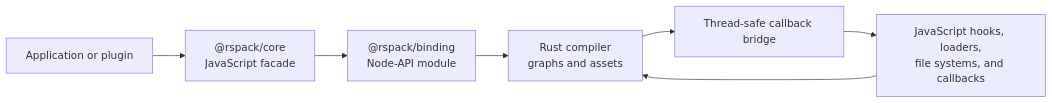
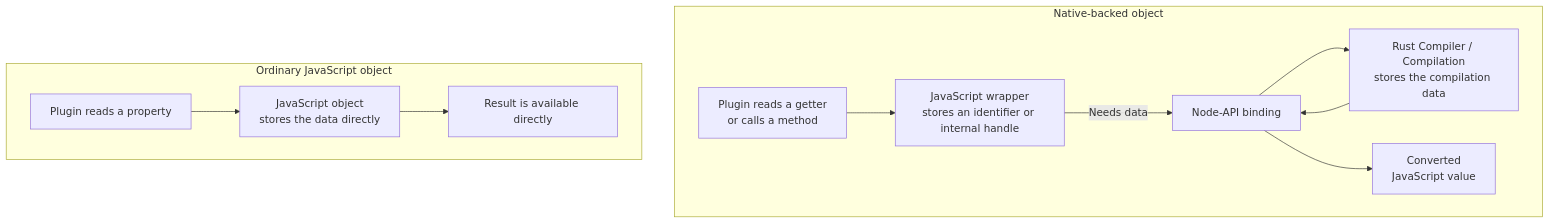
Before and after one commit to web-infra-dev/rspack: the first of 2 diagrams in website/docs/en/api/javascript-api/architecture.mdx, drawn with Mermaid. The commit also changed other lines of this file and 15 other files, not shown here.

Commit message:
docs(binding): document JavaScript API architecture and lifecycles

````diff
--- a/website/docs/en/api/javascript-api/architecture.mdx
+++ b/website/docs/en/api/javascript-api/architecture.mdx
@@ -17,9 +22,27 @@
 ```mermaid
-flowchart LR
-  User["Application or plugin"] --> Core["@rspack/core<br/>JavaScript facade"]
-  Core --> Binding["@rspack/binding<br/>Node-API module"]
-  Binding --> Rust["Rust compiler<br/>graphs and assets"]
-  Rust --> Bridge["Thread-safe callback bridge"]
-  Bridge --> Hooks["JavaScript hooks, loaders,<br/>file systems, and callbacks"]
-  Hooks --> Rust
+flowchart TB
+  subgraph NativeBacked["Native-backed object"]
+    direction LR
+    NativeCode["Plugin reads a getter<br/>or calls a method"]
+    Wrapper["JavaScript wrapper<br/>stores an identifier or internal handle"]
+    Binding["Node-API binding"]
+    RustData["Rust Compiler / Compilation<br/>stores the compilation data"]
+    Converted["Converted<br/>JavaScript value"]
+
+    NativeCode --> Wrapper
+    Wrapper -->|"Needs data"| Binding
+    Binding --> RustData
+    RustData --> Binding
+    Binding --> Converted
+  end
+
+  subgraph JavaScriptOwned["Ordinary JavaScript object"]
+    direction LR
+    JsCode["Plugin reads a property"]
+    JsData["JavaScript object<br/>stores the data directly"]
+    JsResult["Result is available directly"]
+
+    JsCode --> JsData
+    JsData --> JsResult
+  end
 ```
````
